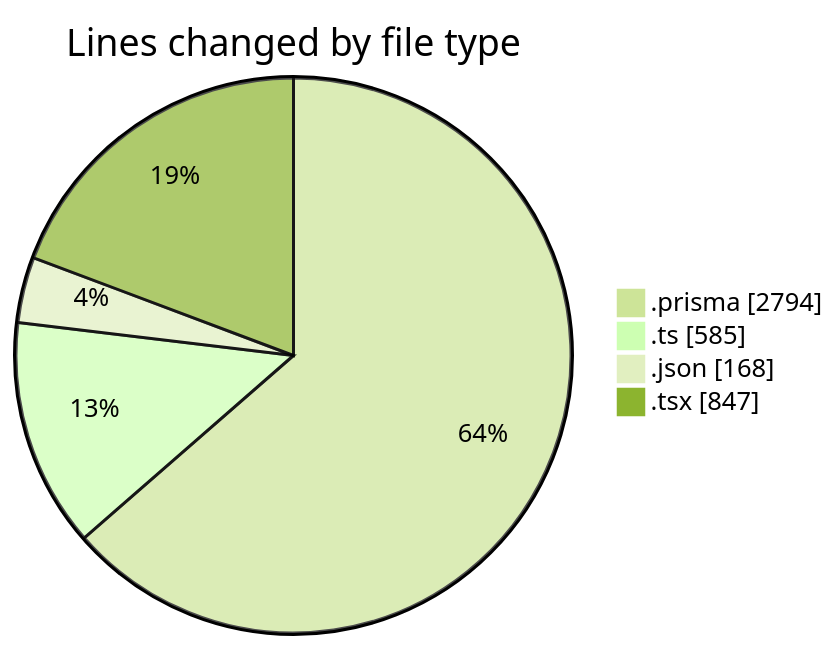
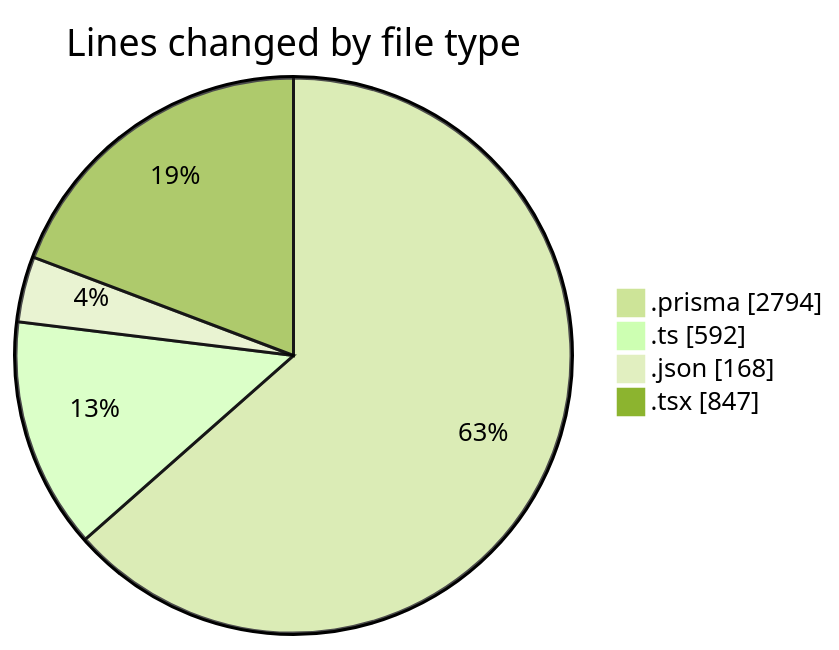
The first of 2 diagrams in 2025-05-01/ecodeli/README.md (CELIANVF/code-tracking), drawn with Mermaid (forest theme) before and after one commit. The commit also changed other lines of this file and 1 other file, not shown here.

````diff
--- a/2025-05-01/ecodeli/README.md
+++ b/2025-05-01/ecodeli/README.md
@@ -27,8 +27,8 @@
 ```mermaid
 pie showData
 title Lines changed by file type
 ".prisma" : 2794
-".ts" : 585
+".ts" : 592
 ".json" : 168
 ".tsx" : 847
 ```
````
